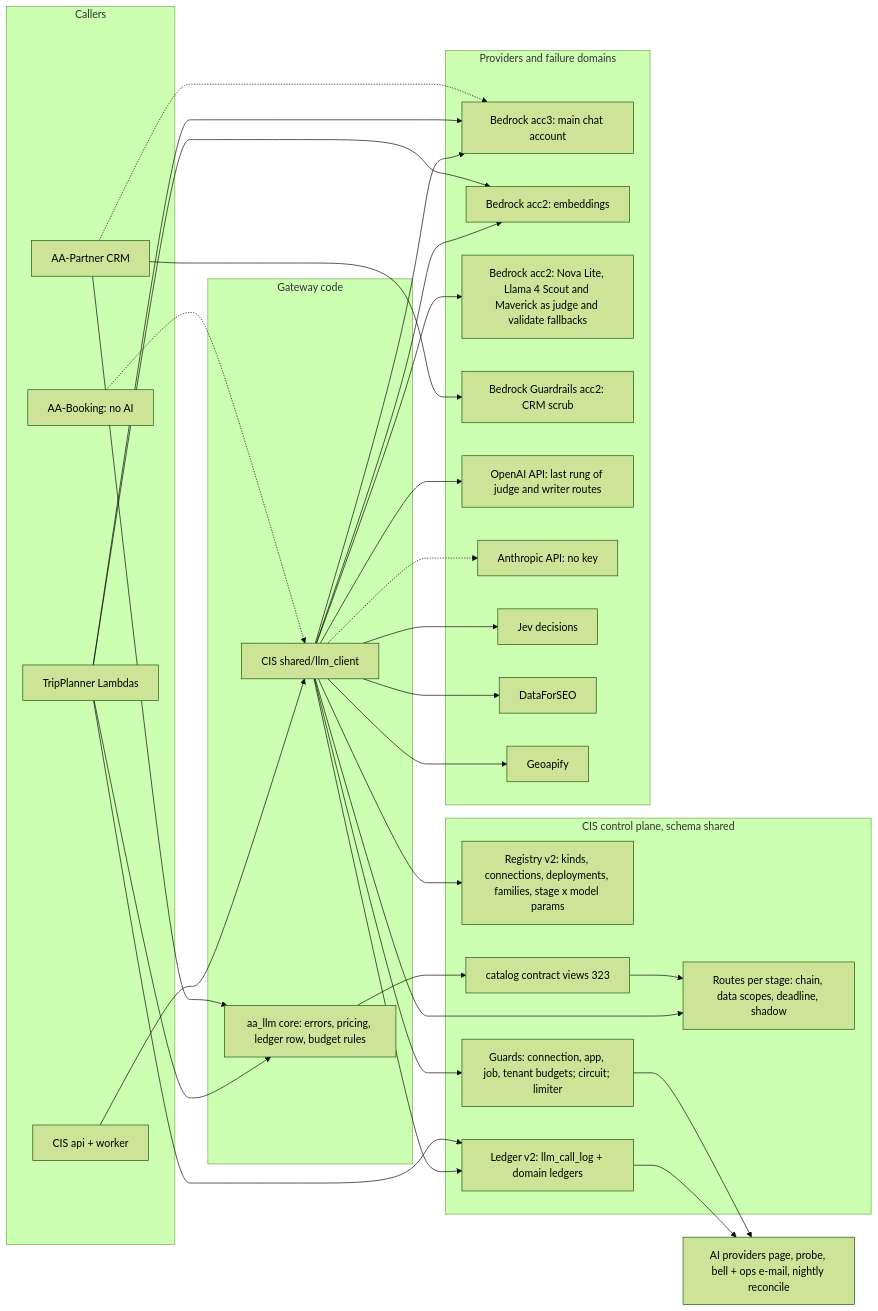
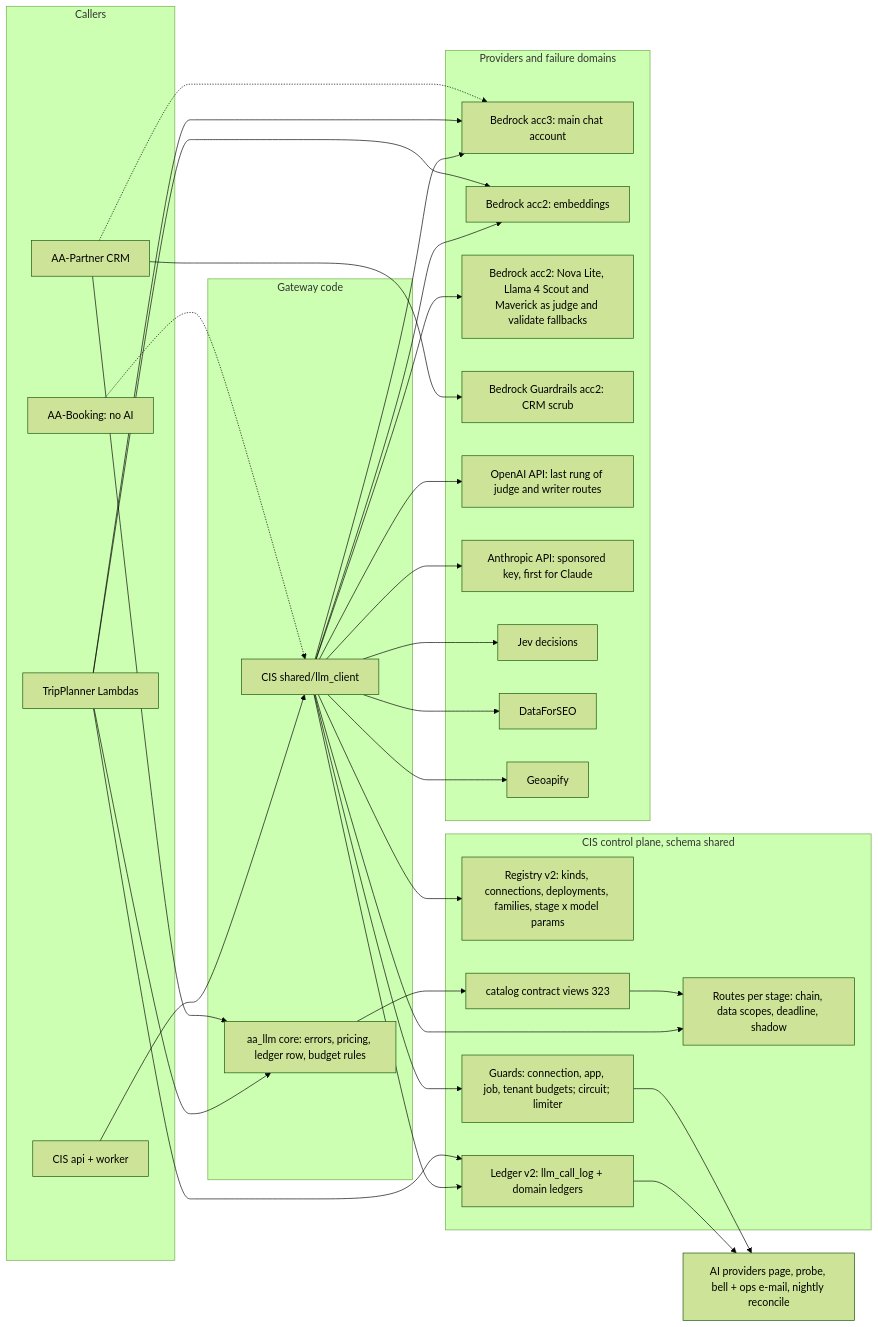
Before and after one commit to AdventureAsia365-Ecosys/AA-Ecosys: the diagram in docs/architecture/ai-gateway.md, drawn with Mermaid (forest theme). The commit also changed other lines of this file and 9 other files, not shown here.

First line of the commit message:
docs: AI gateway guide vi twin, route snapshot schema 2 and the guide names drift guard

````diff
--- a/docs/architecture/ai-gateway.md
+++ b/docs/architecture/ai-gateway.md
@@ -49,48 +57,48 @@
 ```mermaid
 flowchart LR
   subgraph Apps[Callers]
     CIS[CIS api + worker]
     TP[TripPlanner Lambdas]
     CRM[AA-Partner CRM]
     BK[AA-Booking: no AI]
   end
   subgraph Core[Gateway code]
     LLMC[CIS shared/llm_client]
     CORE[aa_llm core: errors, pricing, ledger row, budget rules]
   end
   subgraph CP[CIS control plane, schema shared]
     REG[Registry v2: kinds, connections, deployments, families, stage x model params]
     RT[Routes per stage: chain, data scopes, deadline, shadow]
     POL[Guards: connection, app, job, tenant budgets; circuit; limiter]
     LED[Ledger v2: llm_call_log + domain ledgers]
     VIEWS[catalog contract views 323]
   end
   subgraph Prov[Providers and failure domains]
     B3[Bedrock acc3: main chat account]
     B2E[Bedrock acc2: embeddings]
     B2C[Bedrock acc2: Nova Lite, Llama 4 Scout and Maverick as judge and validate fallbacks]
     GR[Bedrock Guardrails acc2: CRM scrub]
     OA[OpenAI API: last rung of judge and writer routes]
-    AN[Anthropic API: no key]
+    AN[Anthropic API: sponsored key, first for Claude]
     JEV[Jev decisions]
     DFS[DataForSEO]
     GEO[Geoapify]
   end
   OBS[AI providers page, probe, bell + ops e-mail, nightly reconcile]
   CIS --> LLMC
   TP --> CORE
   CRM --> CORE
   BK -.-> LLMC
   LLMC --> REG & RT & POL
   CORE --> VIEWS
   VIEWS --> RT
   LLMC --> B3 & B2E & B2C & OA & JEV & DFS & GEO
-  LLMC -.-> AN
+  LLMC --> AN
   TP --> B3 & B2E
   CRM --> GR
   CRM -.-> B3
   LLMC --> LED
   TP --> LED
   LED --> OBS
   POL --> OBS
 ```
````
